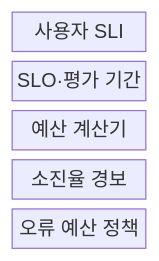
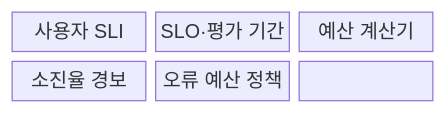
Before and after one commit to agnusdei1207/knowledge-base: the first of 2 diagrams in src/content/docs/notes/08-latest-tech/174_error_budget.md, drawn with Mermaid. The commit also changed other lines of this file and 228 other files, not shown here.

````diff
--- a/src/content/docs/notes/08-latest-tech/174_error_budget.md
+++ b/src/content/docs/notes/08-latest-tech/174_error_budget.md
@@ -51,9 +50,11 @@
 ```mermaid
 block-beta
-  columns 1
-  A["사용자 SLI"]
-  B["SLO·평가 기간"]
-  C["예산 계산기"]
-  D["소진율 경보"]
-  E["오류 예산 정책"]
+  columns 3
+  N0["사용자 SLI"]
+  N1["SLO·평가 기간"]
+  N2["예산 계산기"]
+  N3["소진율 경보"]
+  N4["오류 예산 정책"]
+  N0 --- N1 --- N2
+  N2 --- N3 --- N4
 ```
````
